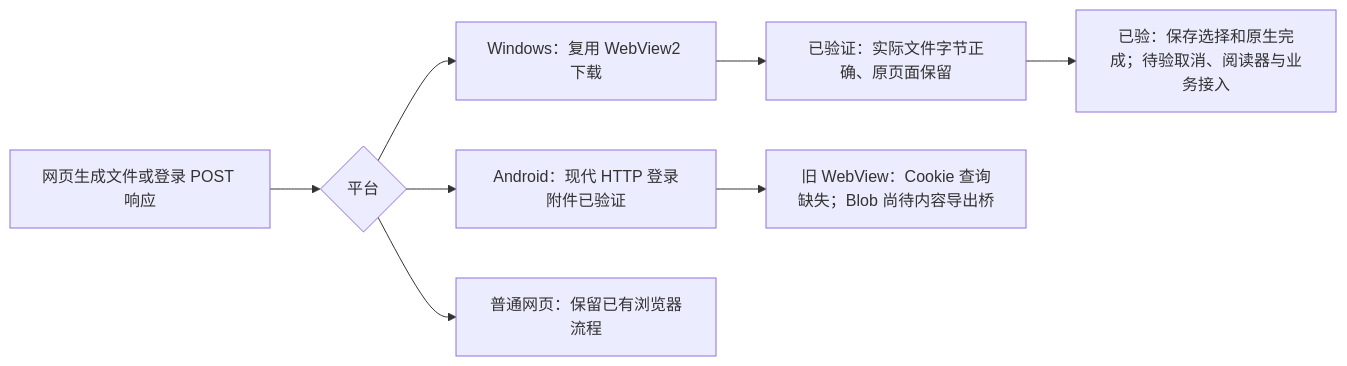
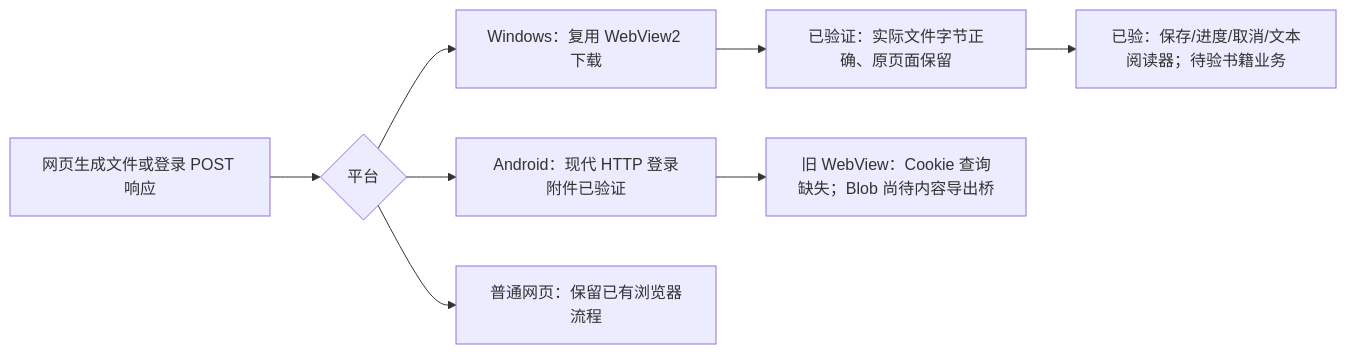
One commit to XYL333FYQ/TongMuTVPlus changed the second of 6 diagrams in docs/design/CLIENT-EXPERIENCE-VERIFIED.md. Above: the diagram before and after it, drawn with Mermaid. The commit also changed other lines of this file and 1 other file, not shown here.

````diff
--- a/docs/design/CLIENT-EXPERIENCE-VERIFIED.md
+++ b/docs/design/CLIENT-EXPERIENCE-VERIFIED.md
@@ -27,10 +30,10 @@
 ```mermaid
 flowchart LR
     F[网页生成文件或登录 POST 响应] --> P{平台}
     P --> W[Windows：复用 WebView2 下载]
     W --> W1[已验证：实际文件字节正确、原页面保留]
-    W1 --> W2[已验：保存选择和原生完成；待验取消、阅读器与业务接入]
+    W1 --> W2[已验：保存/进度/取消/文本阅读器；待验书籍业务]
     P --> A[Android：现代 HTTP 登录附件已验证]
     A --> A1[旧 WebView：Cookie 查询缺失；Blob 尚待内容导出桥]
     P --> B[普通网页：保留已有浏览器流程]
 ```
````
